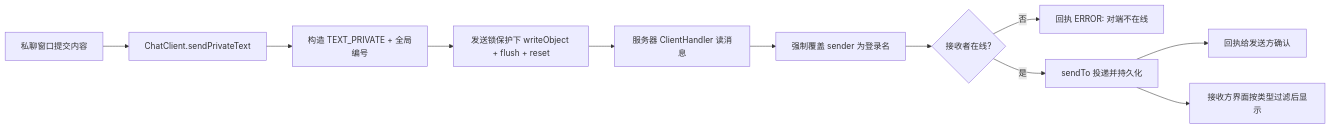
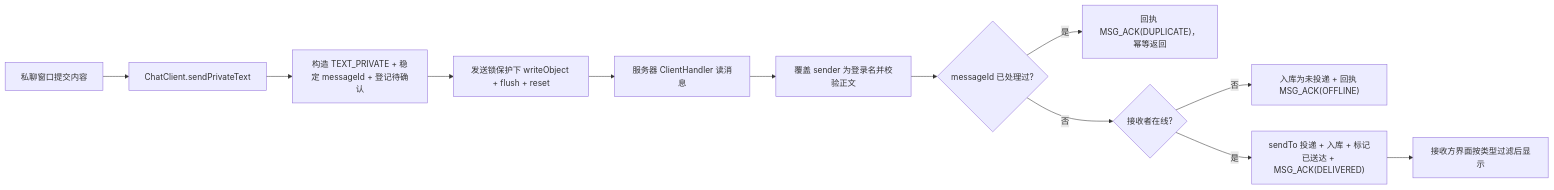
One commit to FeiTwnd/lanchat changed the fifth of 11 diagrams in docs/design/04-实现说明.md. Above: the diagram before and after it, drawn with Mermaid. The commit also changed other lines of this file and 9 other files, not shown here.

````diff
--- a/docs/design/04-实现说明.md
+++ b/docs/design/04-实现说明.md
@@ -599,13 +713,14 @@
 ```mermaid
 flowchart LR
     A["私聊窗口提交内容"] --> B["ChatClient.sendPrivateText"]
-    B --> C["构造 TEXT_PRIVATE + 全局编号"]
+    B --> C["构造 TEXT_PRIVATE + 稳定 messageId + 登记待确认"]
     C --> D["发送锁保护下 writeObject + flush + reset"]
     D --> E["服务器 ClientHandler 读消息"]
-    E --> F["强制覆盖 sender 为登录名"]
-    F --> G{"接收者在线?"}
-    G -->|否| H["回执 ERROR: 对端不在线"]
-    G -->|是| I["sendTo 投递并持久化"]
-    I --> J["回执给发送方确认"]
-    I --> K["接收方界面按类型过滤后显示"]
+    E --> F["覆盖 sender 为登录名并校验正文"]
+    F --> G{"messageId 已处理过?"}
+    G -->|是| H["回执 MSG_ACK(DUPLICATE)，幂等返回"]
+    G -->|否| I{"接收者在线?"}
+    I -->|否| J["入库为未投递 + 回执 MSG_ACK(OFFLINE)"]
+    I -->|是| K["sendTo 投递 + 入库 + 标记已送达 + MSG_ACK(DELIVERED)"]
+    K --> L["接收方界面按类型过滤后显示"]
 ```
````
